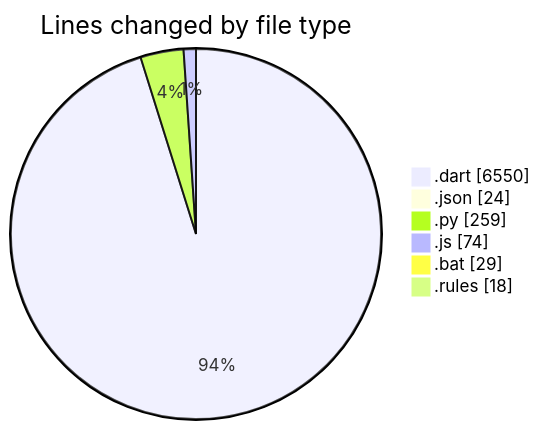
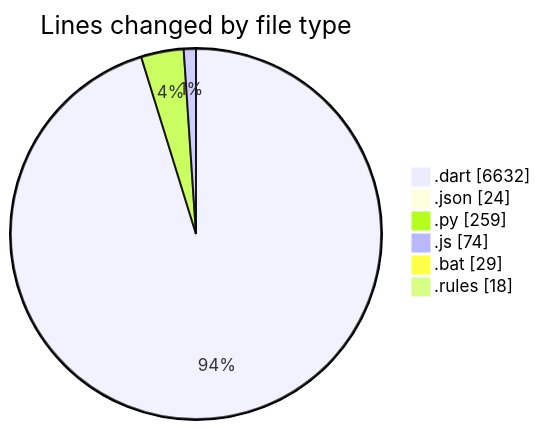
One commit to lephambinh05/code-tracking changed the first of 2 diagrams in 2025-08-04/studybuddy/README.md. Above: the diagram before and after it, drawn with Mermaid. The commit also changed other lines of this file and 1 other file, not shown here.

````diff
--- a/2025-08-04/studybuddy/README.md
+++ b/2025-08-04/studybuddy/README.md
@@ -53,10 +53,10 @@
 ```mermaid
 pie showData
 title Lines changed by file type
-".dart" : 6550
+".dart" : 6632
 ".json" : 24
 ".py" : 259
 ".js" : 74
 ".bat" : 29
 ".rules" : 18
 ```
````
